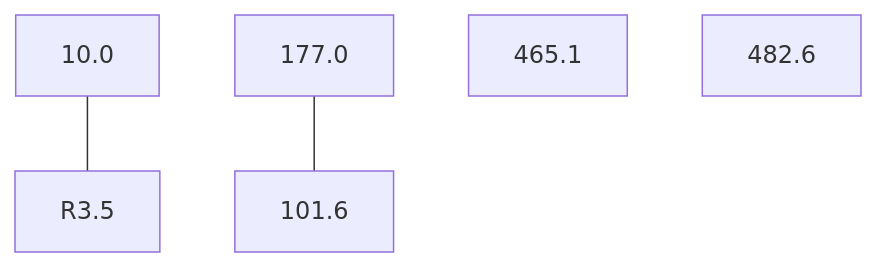
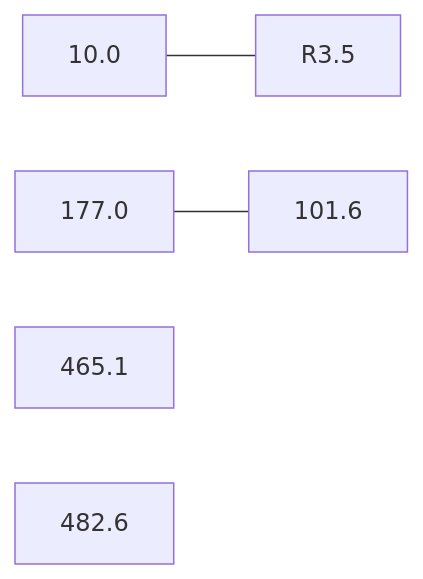
The fourth of 13 diagrams in test_data/NetSure_732_User_Manual.md (DucNT17/filling_slot), drawn with Mermaid before and after one commit. The commit also changed other lines of this file and 10 other files, not shown here.

````diff
--- a/test_data/NetSure_732_User_Manual.md
+++ b/test_data/NetSure_732_User_Manual.md
@@ -548,7 +648,7 @@
 ```mermaid
-graph TD
+graph LR
     A[10.0] --- B[R3.5]
     C[177.0] --- D[101.6]
     E[465.1]
     F[482.6]
 ```
````
